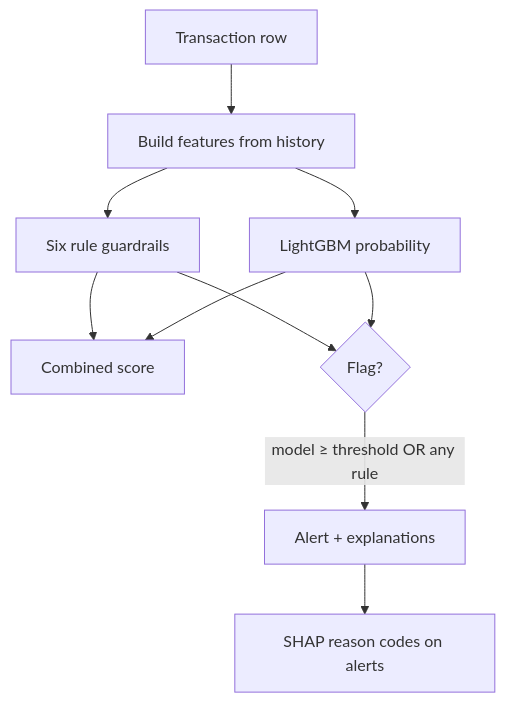
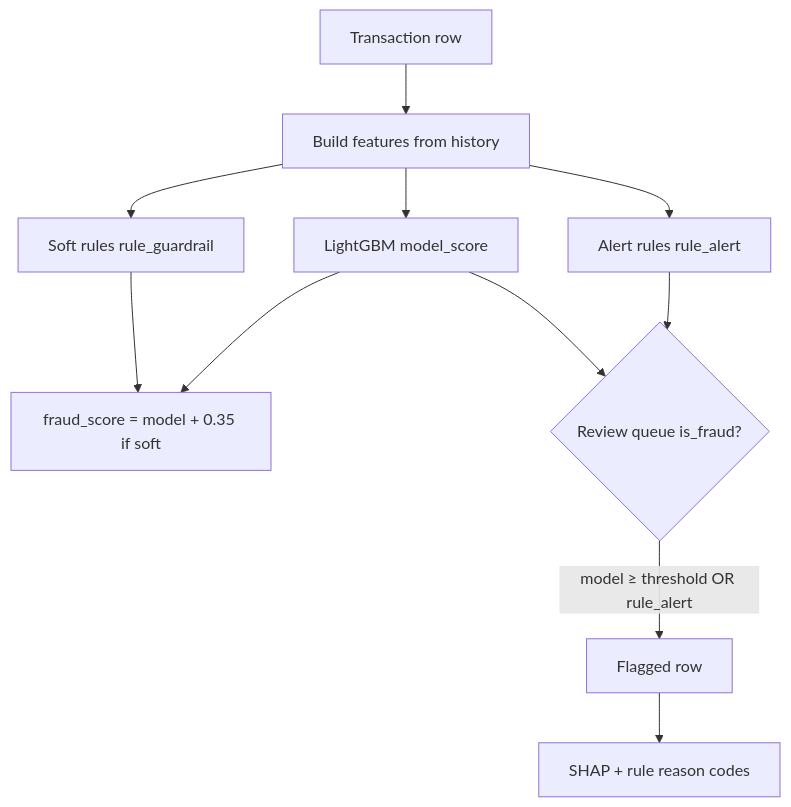
One commit to Benjamincf0/unfraud changed the diagram in backend/docs/05-machine-learning-model.md. Above: the diagram before and after it, drawn with Mermaid. The commit also changed other lines of this file and 1 other file, not shown here.

````diff
--- a/backend/docs/05-machine-learning-model.md
+++ b/backend/docs/05-machine-learning-model.md
@@ -21,12 +21,13 @@
 ```mermaid
 flowchart TD
   T[Transaction row] --> F[Build features from history]
-  F --> R[Six rule guardrails]
-  F --> M[LightGBM probability]
-  R --> C[Combined score]
+  F --> S[Soft rules rule_guardrail]
+  F --> A[Alert rules rule_alert]
+  F --> M[LightGBM model_score]
+  S --> C[fraud_score = model + 0.35 if soft]
   M --> C
-  R --> FLAG{Flag?}
-  M --> FLAG
-  FLAG -->|model ≥ threshold OR any rule| A[Alert + explanations]
-  A --> SHAP[SHAP reason codes on alerts]
+  M --> Q{Review queue is_fraud?}
+  A --> Q
+  Q -->|model ≥ threshold OR rule_alert| R[Flagged row]
+  R --> SHAP[SHAP + rule reason codes]
 ```
````
